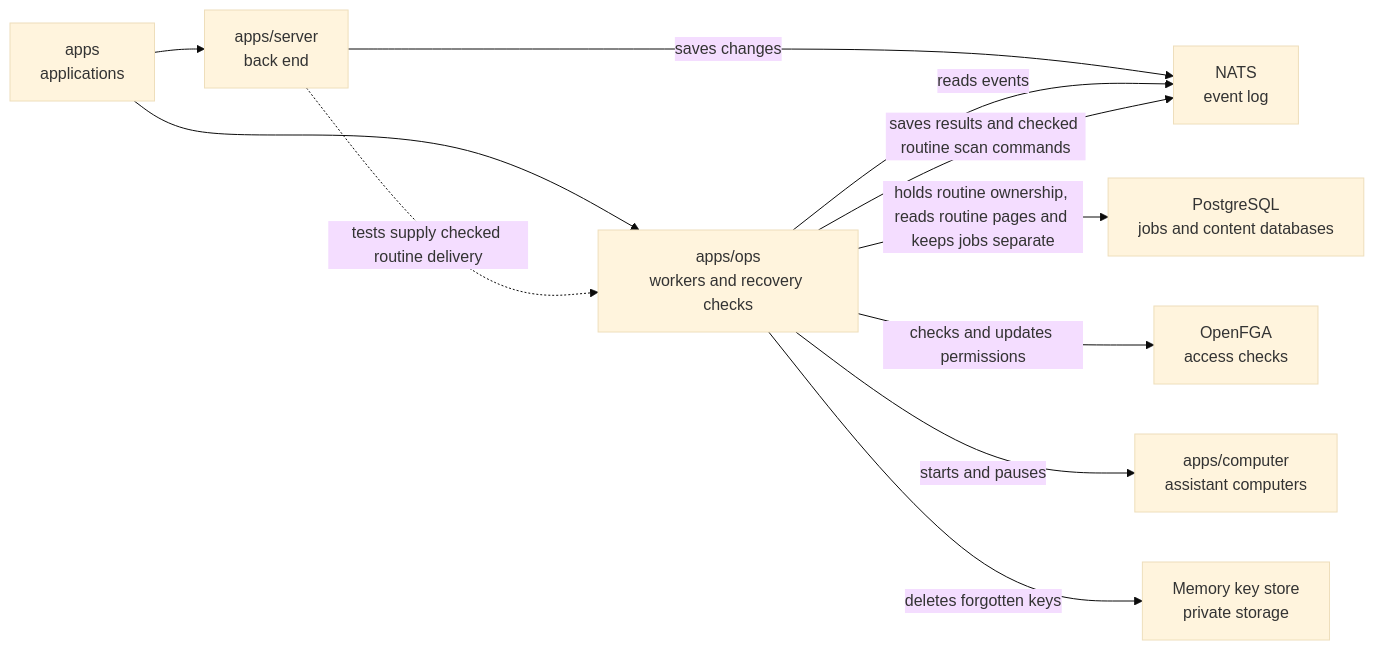
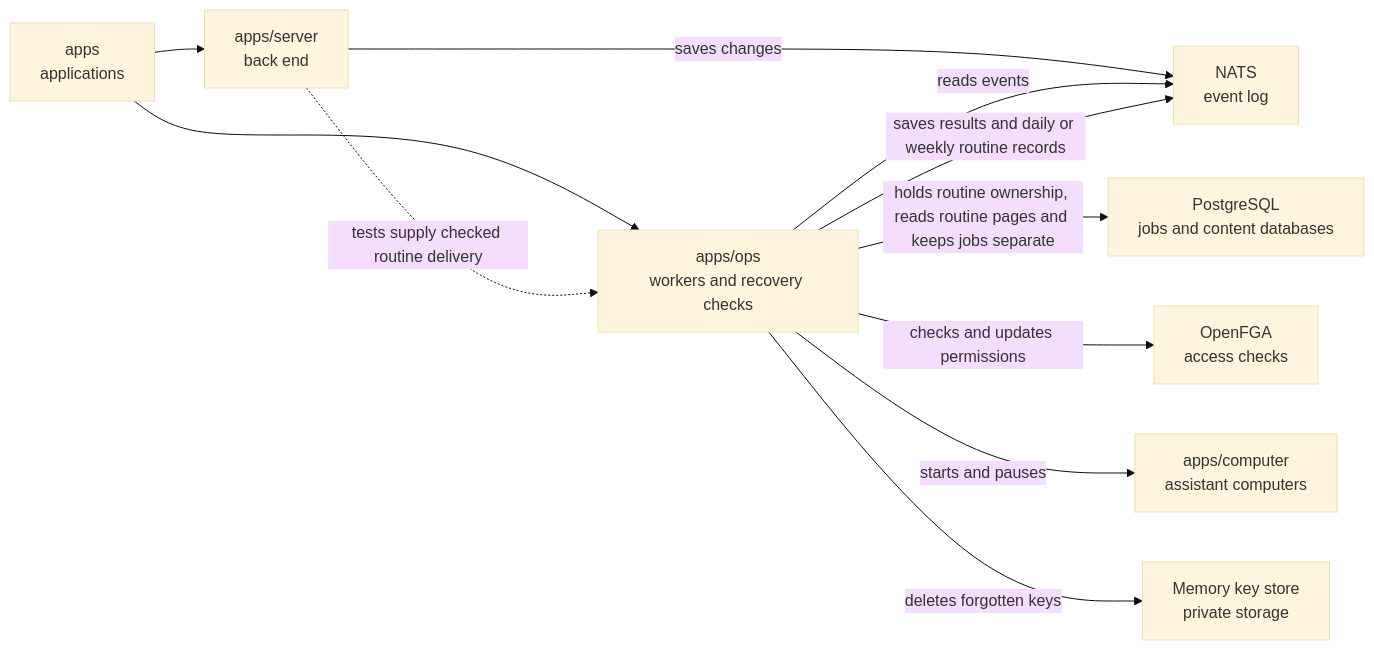
The diagram in apps/ops/README.md (elewa-git/opencrane-new), drawn with Mermaid (base theme) before and after one commit. The commit also changed other lines of this file and 5 other files, not shown here.

````diff
--- a/apps/ops/README.md
+++ b/apps/ops/README.md
@@ -17,13 +17,13 @@
 ```mermaid
 flowchart LR
   apps["apps<br/>applications"] --> ops["apps/ops<br/>workers and recovery checks"]
   apps --> server["apps/server<br/>back end"]
   server -.->|tests supply checked routine delivery| ops
   server -->|saves changes| nats["NATS<br/>event log"]
   ops -->|reads events| nats
-  ops -->|saves results and checked routine scan commands| nats
+  ops -->|saves results and daily or weekly routine records| nats
   ops -->|holds routine ownership, reads routine pages and keeps jobs separate| pg["PostgreSQL<br/>jobs and content databases"]
   ops -->|checks and updates permissions| fga["OpenFGA<br/>access checks"]
   ops -->|starts and pauses| computer["apps/computer<br/>assistant computers"]
   ops -->|deletes forgotten keys| keys["Memory key store<br/>private storage"]
 ```
````
